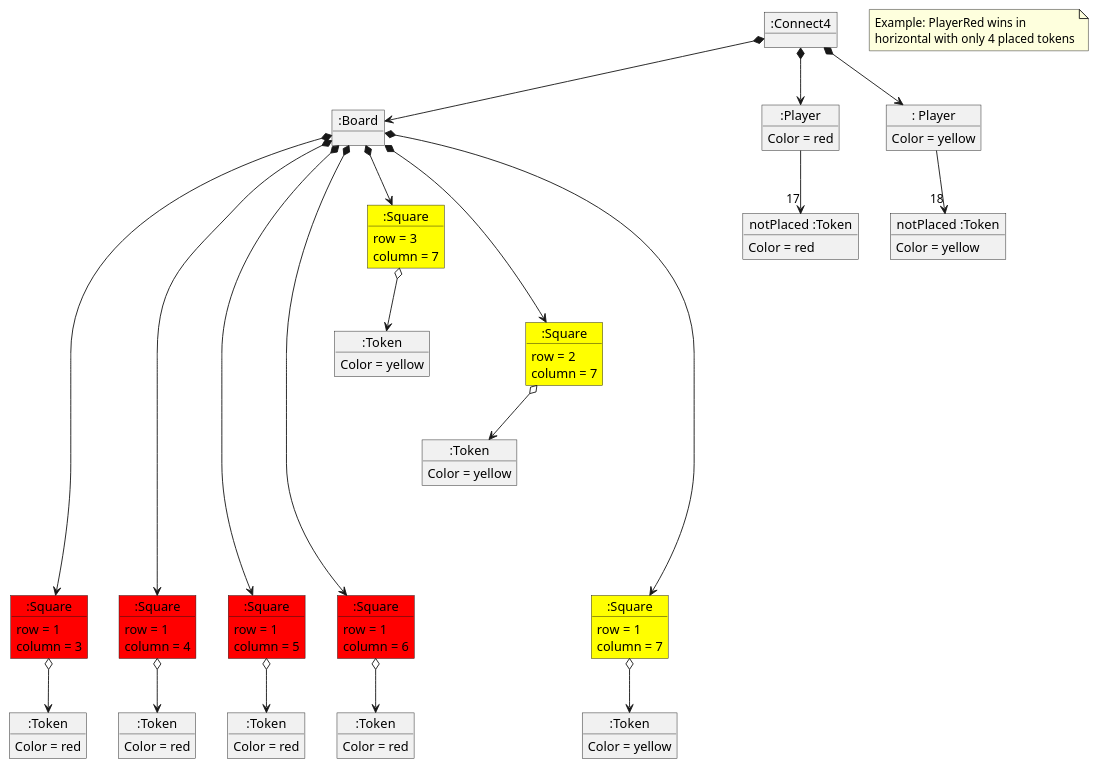
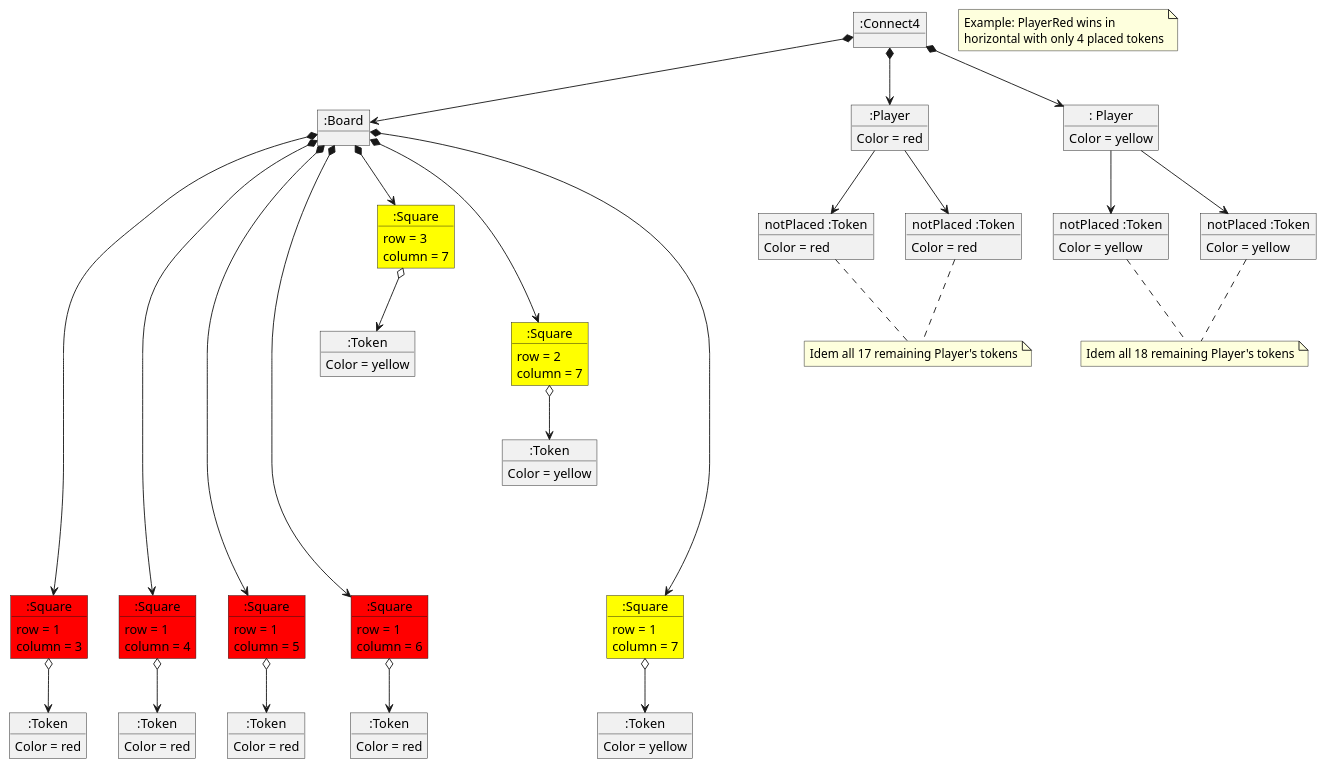
Before and after one commit to PabloMartinFluvia/IT-School: the diagram in MPDS/Connect4/docs/src/domain model final state.plantuml, drawn with PlantUML. The commit also changed 2 other files, not shown here.

```diff
--- a/MPDS/Connect4/docs/src/domain model final state.plantuml
+++ b/MPDS/Connect4/docs/src/domain model final state.plantuml
@@ -1,121 +1,141 @@
 @startuml
 note as Description
 Example: PlayerRed wins in
 horizontal with only 4 placed tokens
 end note
 
 object ":Connect4" as connect4
 object ":Board" as board
 
 'players'
 object ":Player" as playerRed{
 Color = red
 }
 object ": Player" as playerYellow{
 Color = yellow
 }
 
 'squares'
 object ":Square" as squareRed13 #red{
 row = 1
 column = 3
 }
 object ":Square" as squareRed14#red{
 row = 1
 column = 4
 }
 object ":Square" as squareRed15 #red{
 row = 1
 column = 5
 }
 object ":Square" as squareRed16 #red{
 row = 1
 column = 6
 }
 
 
 object ":Square" as squareYellow17 #yellow{
 row = 1
 column = 7
 }
 object ":Square" as squareYellow27 #yellow{
 row = 2
 column = 7
 }
 object ":Square" as squareYellow37 #yellow{
 row = 3
 column = 7
 }
 
 'tokens not placed'
-object "notPlaced :Token" as tokenRed{
+object "notPlaced :Token" as tokenRed1{
 Color = red
 }
-object "notPlaced :Token" as tokenYellow{
+object "notPlaced :Token" as tokenRed2{
+Color = red
+}
+object "notPlaced :Token" as tokenYellow1{
+Color = yellow
+}
+object "notPlaced :Token" as tokenYellow2{
 Color = yellow
 }
 
 'tokens placed'
 object ":Token" as tokenRed13{
 Color = red
 }
 object ":Token" as tokenRed14{
 Color = red
 }
 object ":Token" as tokenRed15{
 Color = red
 }
 object ":Token" as tokenRed16{
 Color = red
 }
 object ":Token" as tokenYellow17{
 Color = yellow
 }
 object ":Token" as tokenYellow27{
 Color = yellow
 }
 object ":Token" as tokenYellow37{
 Color = yellow
 }
 
 'connect4 dependencies'
 connect4 *-down-> board
 connect4 *-down-> playerRed
 connect4 *-down-> playerYellow
 
 'board dependencies'
 board *-down-> squareYellow37
 board *-down-> squareYellow27
 board *-down-> squareYellow17
 board *-down-> squareRed16
 board *-down-> squareRed15
 board *-down-> squareRed14
 board *---down---> squareRed13
 
 'player dependencies'
-playerRed -down-> "17" tokenRed
-playerYellow -down-> "18" tokenYellow
+playerRed -down-> tokenRed1
+playerRed -down-> tokenRed2
+playerYellow -down-> tokenYellow1
+playerYellow -down-> tokenYellow2
 
 'square dependencies'
 squareRed13 o-down-> tokenRed13
 squareRed14 o-down-> tokenRed14
 squareRed15 o-down-> tokenRed15
 squareRed16 o-down-> tokenRed16
 
 squareYellow17 o-down-> tokenYellow17
 squareYellow27 o-down-> tokenYellow27
 squareYellow37 o-down-> tokenYellow37
+
+note as NYellow
+Idem all 18 remaining Player's tokens
+end note
+tokenYellow1..NYellow
+tokenYellow2..NYellow
+
+note as NRed
+Idem all 17 remaining Player's tokens
+end note
+tokenRed1..NRed
+tokenRed2..NRed
 
 
 'display squares position'
 squareYellow37 -[hidden]down-> squareYellow27
 squareYellow27 --[hidden]down--> squareYellow17
 squareYellow37 -[hidden]down-> squareRed16
 squareYellow27 -[hidden]down-> squareRed16
 squareYellow17 -[hidden]left-> squareRed16
 squareRed16 -[hidden]left-> squareRed15
 squareRed15 -[hidden]left-> squareRed14
 squareRed14 -[hidden]left->squareRed13
 
 
 @enduml
```
